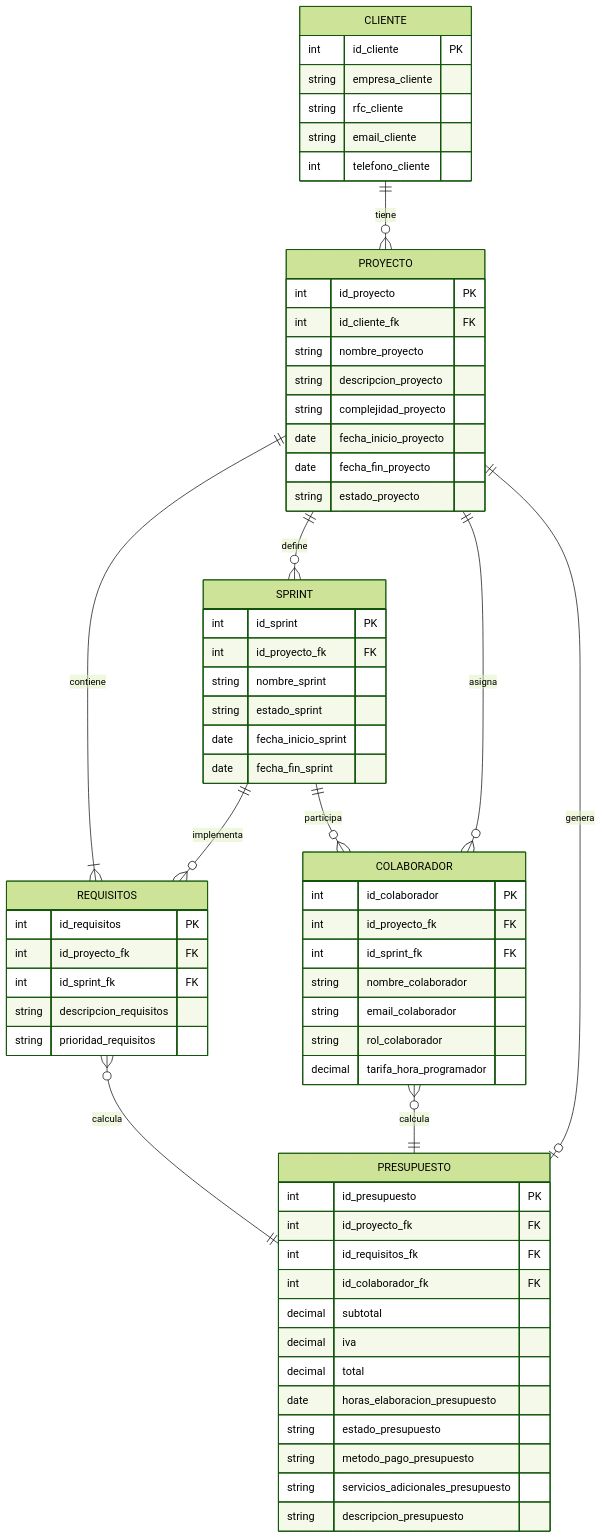
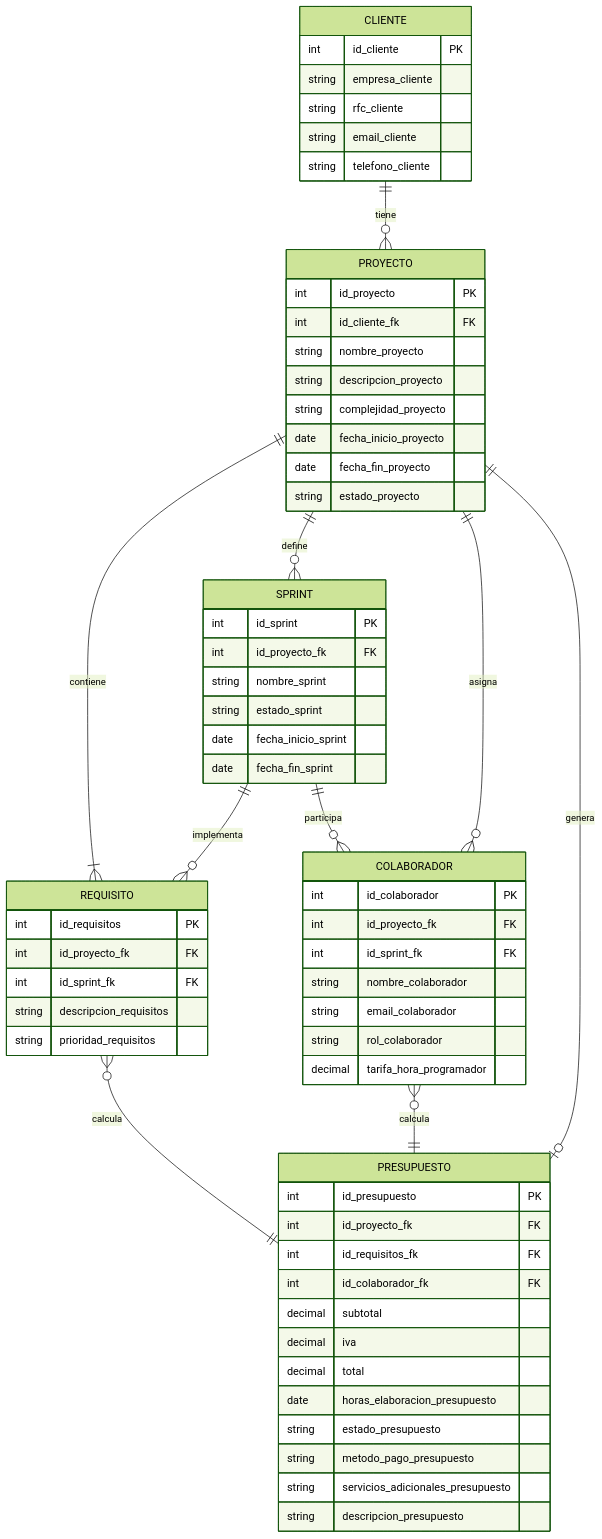
The diagram in Diagramas/Diagrama ER.mermaid (Pollix27/NGINX-Start_project), drawn with Mermaid (forest theme) before and after one commit. The commit also changed 10 other files, not shown here.

```diff
--- a/Diagramas/Diagrama ER.mermaid
+++ b/Diagramas/Diagrama ER.mermaid
@@ -1,73 +1,73 @@
 erDiagram
     CLIENTE ||--o{ PROYECTO : "tiene"
-    PROYECTO ||--|{ REQUISITOS : "contiene"
+    PROYECTO ||--|{ REQUISITO : "contiene"
     PROYECTO ||--o{ SPRINT : "define"
     PROYECTO ||--o{ COLABORADOR : "asigna"
-    SPRINT ||--o{ REQUISITOS : "implementa"
+    SPRINT ||--o{ REQUISITO : "implementa"
     SPRINT ||--o{ COLABORADOR : "participa"
-    REQUISITOS }o--|| PRESUPUESTO : "calcula"
+    REQUISITO }o--|| PRESUPUESTO : "calcula"
     COLABORADOR }o--|| PRESUPUESTO : "calcula"
     PROYECTO ||--o| PRESUPUESTO : "genera"
 
     CLIENTE {
         int id_cliente PK
         string empresa_cliente
         string rfc_cliente
         string email_cliente
-        int telefono_cliente
+        string telefono_cliente
     }
 
     PROYECTO {
         int id_proyecto PK
         int id_cliente_fk FK
         string nombre_proyecto
         string descripcion_proyecto
         string complejidad_proyecto
         date fecha_inicio_proyecto
         date fecha_fin_proyecto
         string estado_proyecto
     }
 
-    REQUISITOS {
+    REQUISITO {
         int id_requisitos PK
         int id_proyecto_fk FK
         int id_sprint_fk FK
         string descripcion_requisitos
         string prioridad_requisitos
     }
 
     PRESUPUESTO {
         int id_presupuesto PK
         int id_proyecto_fk FK
         int id_requisitos_fk FK
         int id_colaborador_fk FK
         decimal subtotal
         decimal iva
         decimal total
         date horas_elaboracion_presupuesto
         string estado_presupuesto
         string metodo_pago_presupuesto
         string servicios_adicionales_presupuesto
         string descripcion_presupuesto
     }
 
     SPRINT {
         int id_sprint PK
         int id_proyecto_fk FK
         string nombre_sprint
         string estado_sprint
         date fecha_inicio_sprint
         date fecha_fin_sprint
 
     }
 
     COLABORADOR {
         int id_colaborador PK
         int id_proyecto_fk FK
         int id_sprint_fk FK
         string nombre_colaborador
         string email_colaborador
         string rol_colaborador
         decimal tarifa_hora_programador
 
     }
```
